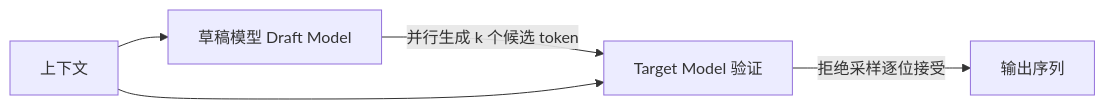
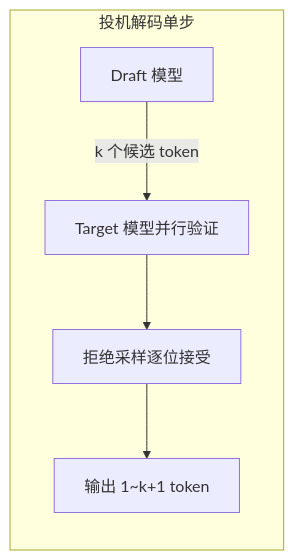
Before and after one commit to Lyr-GW/interview-docs: the first of 5 diagrams in docs/topics/speculative-decoding.md, drawn with Mermaid. The commit also changed other lines of this file and 10 other files, not shown here.

````diff
--- a/docs/topics/speculative-decoding.md
+++ b/docs/topics/speculative-decoding.md
@@ -14,7 +21,8 @@
 ```mermaid
 flowchart LR
-    A[草稿模型 Draft Model] -->|并行生成 k 个候选 token| B[Target Model 验证]
-    B -->|拒绝采样逐位接受| C[输出序列]
-    D[上下文] --> A
-    D --> B
+    subgraph 投机解码单步
+        A[Draft 模型] -->|k 个候选 token| B[Target 模型并行验证]
+        B --> C[拒绝采样逐位接受]
+        C --> D[输出 1~k+1 token]
+    end
 ```
````
